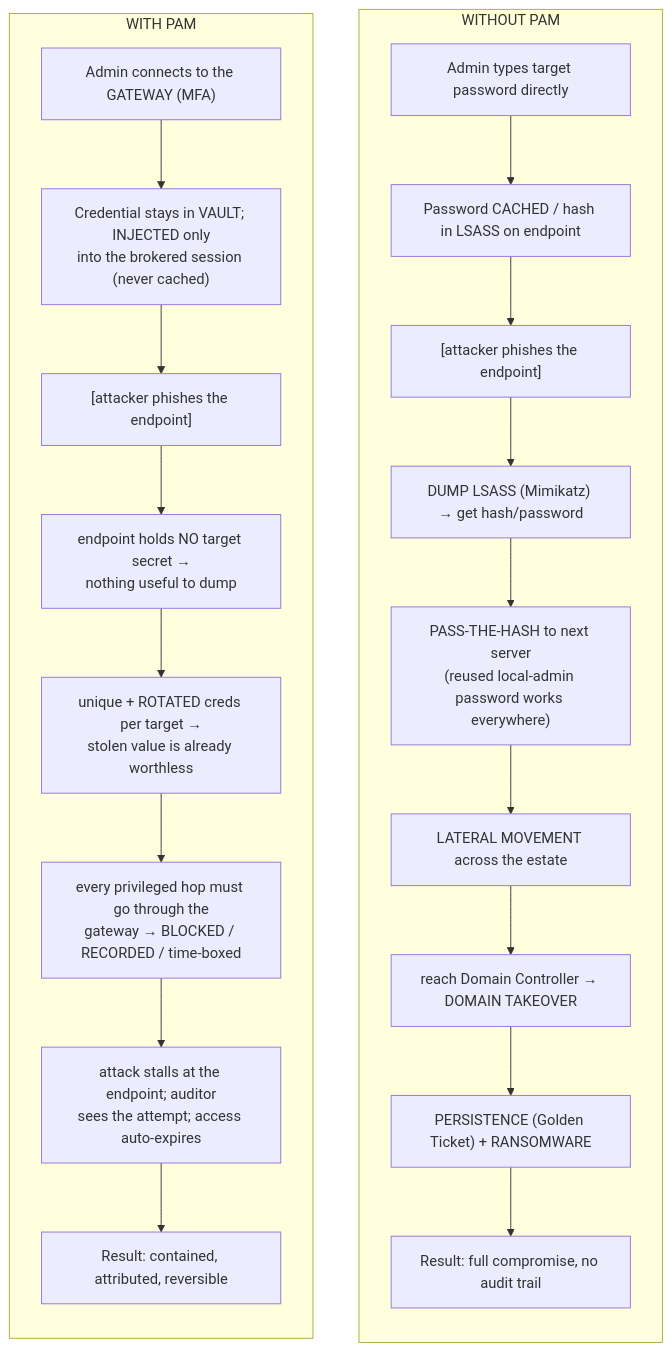
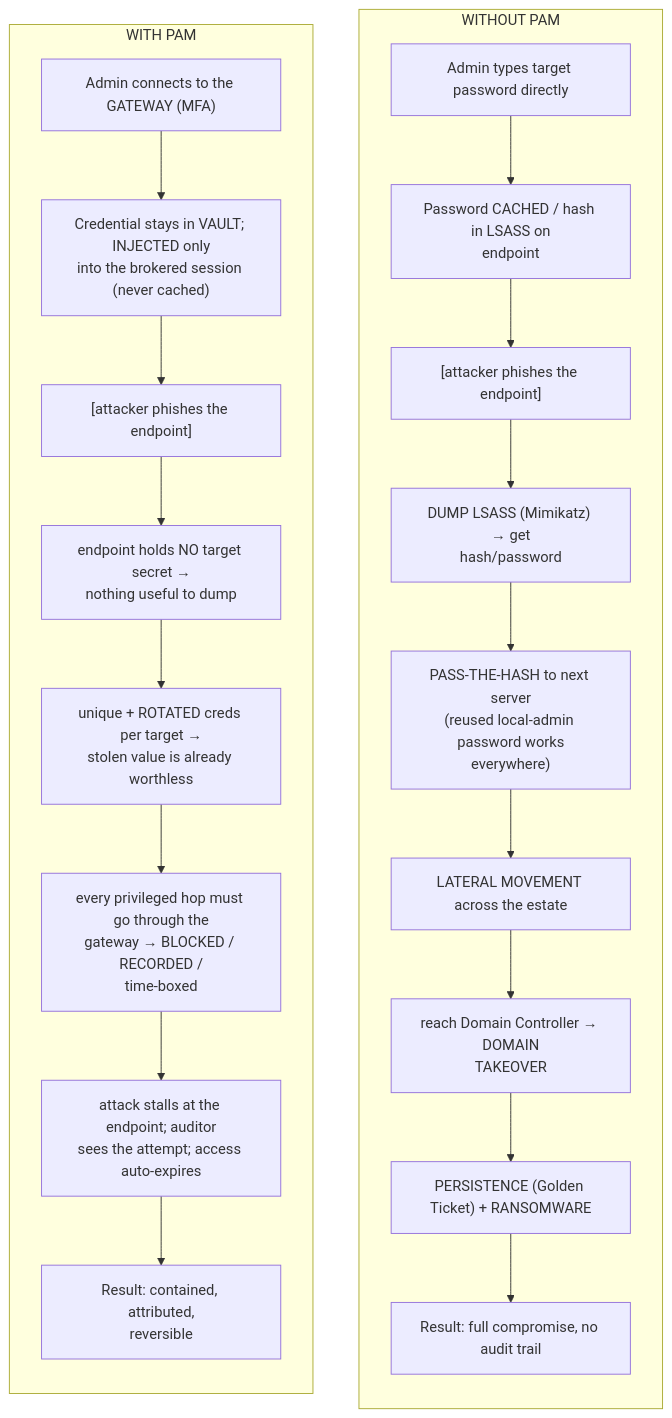
Before and after one commit to morandeirachema/WallixCerts: the second of 2 diagrams in foundations/pam-threat-landscape.md, drawn with Mermaid. The commit also changed other lines of this file and 37 other files, not shown here.

First line of the commit message:
Make Mermaid node boxes fit their text (wrap long labels) + enforce it

````diff
--- a/foundations/pam-threat-landscape.md
+++ b/foundations/pam-threat-landscape.md
@@ -126,28 +126,28 @@
 ```mermaid
 flowchart TD
     subgraph WITHOUT["WITHOUT PAM"]
         direction TB
         WO1["Admin types target password directly"]
-        WO2["Password CACHED / hash in LSASS on endpoint"]
+        WO2["Password CACHED / hash in LSASS on<br/>endpoint"]
         WO3["[attacker phishes the endpoint]"]
-        WO4["DUMP LSASS (Mimikatz) → get hash/password"]
-        WO5["PASS-THE-HASH to next server<br/>(reused local-admin password works everywhere)"]
+        WO4["DUMP LSASS (Mimikatz) → get<br/>hash/password"]
+        WO5["PASS-THE-HASH to next server<br/>(reused local-admin password works<br/>everywhere)"]
         WO6["LATERAL MOVEMENT across the estate"]
-        WO7["reach Domain Controller → DOMAIN TAKEOVER"]
+        WO7["reach Domain Controller → DOMAIN<br/>TAKEOVER"]
         WO8["PERSISTENCE (Golden Ticket) + RANSOMWARE"]
         WOR["Result: full compromise, no audit trail"]
         WO1 --> WO2 --> WO3 --> WO4 --> WO5 --> WO6 --> WO7 --> WO8 --> WOR
     end
     subgraph WITH["WITH PAM"]
         direction TB
         WI1["Admin connects to the GATEWAY (MFA)"]
         WI2["Credential stays in VAULT; INJECTED only<br/>into the brokered session (never cached)"]
         WI3["[attacker phishes the endpoint]"]
         WI4["endpoint holds NO target secret →<br/>nothing useful to dump"]
         WI5["unique + ROTATED creds per target →<br/>stolen value is already worthless"]
-        WI6["every privileged hop must go through the<br/>gateway → BLOCKED / RECORDED / time-boxed"]
+        WI6["every privileged hop must go through the<br/>gateway → BLOCKED / RECORDED /<br/>time-boxed"]
         WI7["attack stalls at the endpoint; auditor<br/>sees the attempt; access auto-expires"]
-        WIR["Result: contained, attributed, reversible"]
+        WIR["Result: contained, attributed,<br/>reversible"]
         WI1 --> WI2 --> WI3 --> WI4 --> WI5 --> WI6 --> WI7 --> WIR
     end
 ```
````
